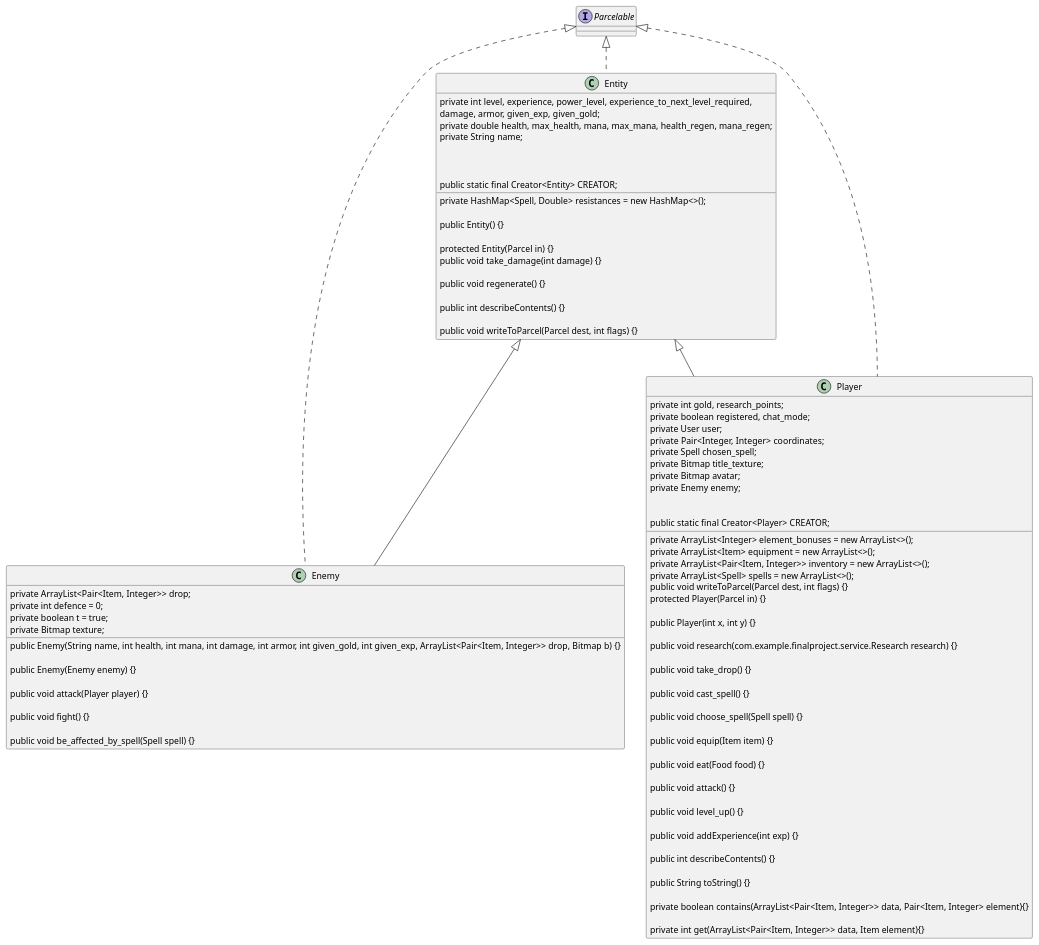
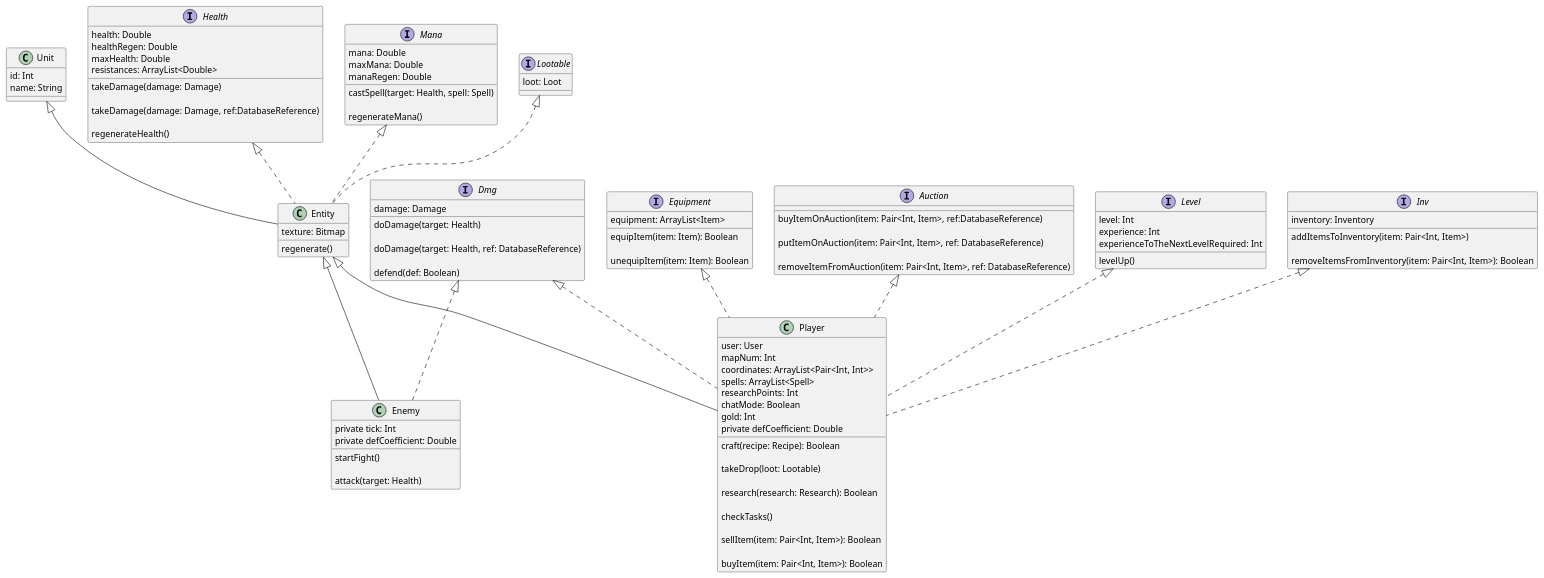
Before and after one commit to Vaneyk1973/FinalProject: the diagram in FinalProject/app/src/main/java/com/example/finalproject/entities.puml, drawn with PlantUML. The commit also changed 7 other files, not shown here.

Commit message:
uml diagram

```diff
--- a/FinalProject/app/src/main/java/com/example/finalproject/entities.puml
+++ b/FinalProject/app/src/main/java/com/example/finalproject/entities.puml
@@ -1,92 +1,115 @@
 @startuml
-'https://plantuml.com/class-diagram
-class Enemy extends Entity implements Parcelable {
-    private ArrayList<Pair<Item, Integer>> drop;
-    private int defence = 0;
-    private boolean t = true;
-    private Bitmap texture;
 
-    public Enemy(String name, int health, int mana, int damage, int armor, int given_gold, int given_exp, ArrayList<Pair<Item, Integer>> drop, Bitmap b) {}
-
-    public Enemy(Enemy enemy) {}
-
-    public void attack(Player player) {}
-
-    public void fight() {}
-
-    public void be_affected_by_spell(Spell spell) {}
+class Unit{
+ id: Int
+ name: String
 }
 
-class Entity implements Parcelable {
-    private int level, experience, power_level, experience_to_next_level_required,
-            damage, armor, given_exp, given_gold;
-    private double health, max_health, mana, max_mana, health_regen, mana_regen;
-    private String name;
-    private HashMap<Spell, Double> resistances = new HashMap<>();
+class Entity extends Unit implements Health, Mana, Lootable {
+    texture: Bitmap
 
-    public Entity() {}
-
-    protected Entity(Parcel in) {}
-
-    public static final Creator<Entity> CREATOR;
-
-    public void take_damage(int damage) {}
-
-    public void regenerate() {}
-
-    public int describeContents() {}
-
-    public void writeToParcel(Parcel dest, int flags) {}
+    regenerate()
 }
 
-class Player extends Entity implements Parcelable {
+class Enemy extends Entity implements Dmg{
+    private tick: Int
+    private defCoefficient: Double
 
-    private int gold, research_points;
-    private boolean registered, chat_mode;
-    private User user;
-    private ArrayList<Integer> element_bonuses = new ArrayList<>();
-    private ArrayList<Item> equipment = new ArrayList<>();
-    private ArrayList<Pair<Item, Integer>> inventory = new ArrayList<>();
-    private ArrayList<Spell> spells = new ArrayList<>();
-    private Pair<Integer, Integer> coordinates;
-    private Spell chosen_spell;
-    private Bitmap title_texture;
-    private Bitmap avatar;
-    private Enemy enemy;
+    startFight()
 
-    public void writeToParcel(Parcel dest, int flags) {}
-
-    public static final Creator<Player> CREATOR;
-
-    protected Player(Parcel in) {}
-
-    public Player(int x, int y) {}
-
-    public void research(com.example.finalproject.service.Research research) {}
-
-    public void take_drop() {}
-
-    public void cast_spell() {}
-
-    public void choose_spell(Spell spell) {}
-
-    public void equip(Item item) {}
-
-    public void eat(Food food) {}
-
-    public void attack() {}
-
-    public void level_up() {}
-
-    public void addExperience(int exp) {}
-
-    public int describeContents() {}
-
-    public String toString() {}
-
-    private boolean contains(ArrayList<Pair<Item, Integer>> data, Pair<Item, Integer> element){}
-
-    private int get(ArrayList<Pair<Item, Integer>> data, Item element){}
+    attack(target: Health)
 }
 
+class Player extends Entity implements Dmg, Level, Inv, Equipment, Auction {
+    user: User
+    mapNum: Int
+    coordinates: ArrayList<Pair<Int, Int>>
+    spells: ArrayList<Spell>
+    researchPoints: Int
+    chatMode: Boolean
+    gold: Int
+    private defCoefficient: Double
+
+    craft(recipe: Recipe): Boolean
+
+    takeDrop(loot: Lootable)
+
+    research(research: Research): Boolean
+
+    checkTasks()
+
+    sellItem(item: Pair<Int, Item>): Boolean
+
+    buyItem(item: Pair<Int, Item>): Boolean
+}
+
+interface Health {
+    health: Double
+    healthRegen: Double
+    maxHealth: Double
+    resistances: ArrayList<Double>
+
+    takeDamage(damage: Damage)
+
+    takeDamage(damage: Damage, ref:DatabaseReference)
+
+    regenerateHealth()
+}
+
+interface Mana {
+    mana: Double
+    maxMana: Double
+    manaRegen: Double
+
+    castSpell(target: Health, spell: Spell)
+
+    regenerateMana()
+}
+
+interface Lootable {
+    loot: Loot
+}
+
+interface Dmg {
+    damage: Damage
+
+    doDamage(target: Health)
+
+    doDamage(target: Health, ref: DatabaseReference)
+
+    defend(def: Boolean)
+}
+
+interface Equipment {
+    equipment: ArrayList<Item>
+
+    equipItem(item: Item): Boolean
+
+    unequipItem(item: Item): Boolean
+}
+
+interface Auction {
+
+    buyItemOnAuction(item: Pair<Int, Item>, ref:DatabaseReference)
+
+    putItemOnAuction(item: Pair<Int, Item>, ref: DatabaseReference)
+
+    removeItemFromAuction(item: Pair<Int, Item>, ref: DatabaseReference)
+}
+
+interface Inv {
+    inventory: Inventory
+
+    addItemsToInventory(item: Pair<Int, Item>)
+
+    removeItemsFromInventory(item: Pair<Int, Item>): Boolean
+}
+
+interface Level {
+    level: Int
+    experience: Int
+    experienceToTheNextLevelRequired: Int
+
+    levelUp()
+}
 @enduml
```
